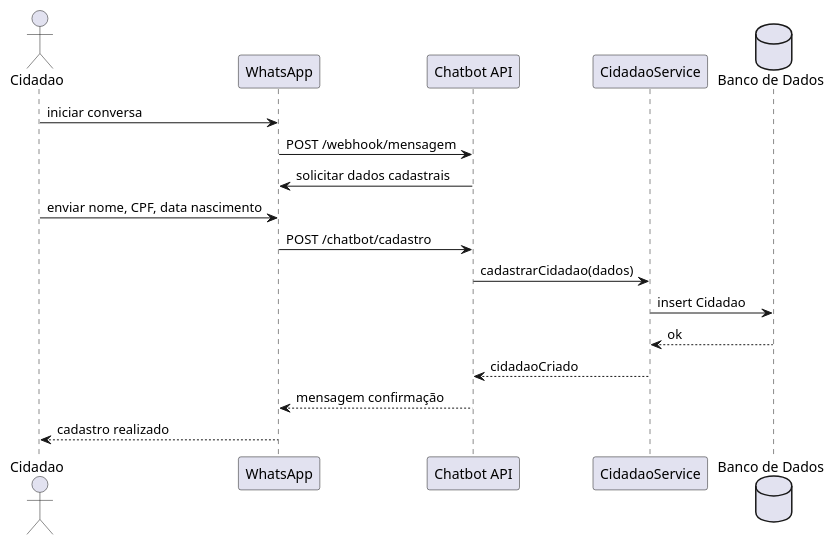
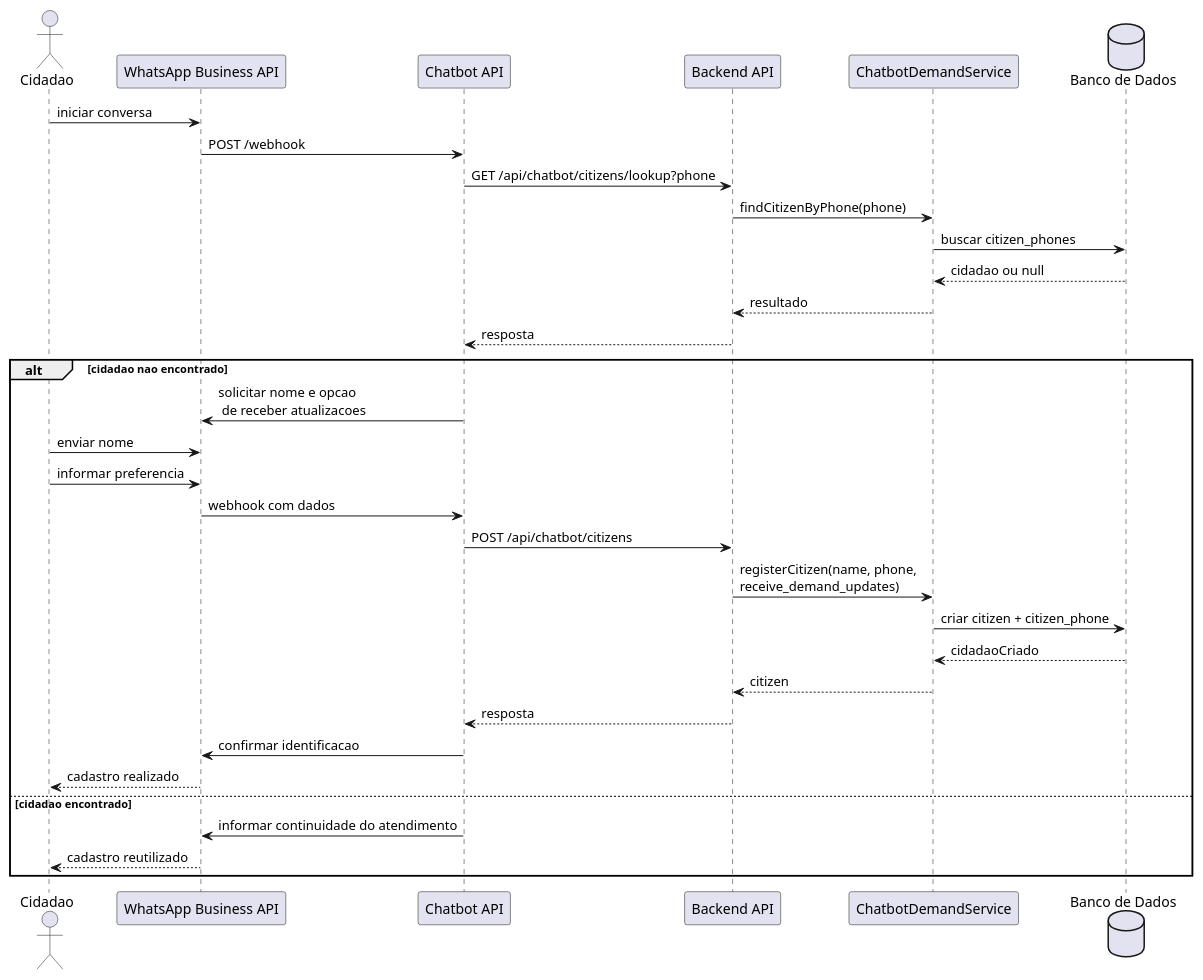
Before and after one commit to ICEI-PUC-Minas-PPLES-TI/plf-es-2025-2-tcci-0393100-dev-bernardo-biondini: the diagram in Artefatos/Sequencia/chatbot-cadastrar-cidadao.puml, drawn with PlantUML. The commit also changed 96 other files, not shown here.

Commit message:
Remoção de casos de uso e diagramas desnecessários e adaptações dos diagramas ao contexo atual do projeto

```diff
--- a/Artefatos/Sequencia/chatbot-cadastrar-cidadao.puml
+++ b/Artefatos/Sequencia/chatbot-cadastrar-cidadao.puml
@@ -1,19 +1,35 @@
 @startuml
 actor Cidadao
-participant "WhatsApp" as WA
-participant "Chatbot API" as API
-participant CidadaoService
+participant "WhatsApp Business API" as WA
+participant "Chatbot API" as Chatbot
+participant "Backend API" as API
+participant "ChatbotDemandService" as Service
 database "Banco de Dados" as DB
 
 Cidadao -> WA : iniciar conversa
-WA -> API : POST /webhook/mensagem
-API -> WA : solicitar dados cadastrais
-Cidadao -> WA : enviar nome, CPF, data nascimento
-WA -> API : POST /chatbot/cadastro
-API -> CidadaoService : cadastrarCidadao(dados)
-CidadaoService -> DB : insert Cidadao
-DB --> CidadaoService : ok
-CidadaoService --> API : cidadaoCriado
-API --> WA : mensagem confirmação
-WA --> Cidadao : cadastro realizado
+WA -> Chatbot : POST /webhook
+Chatbot -> API : GET /api/chatbot/citizens/lookup?phone
+API -> Service : findCitizenByPhone(phone)
+Service -> DB : buscar citizen_phones
+DB --> Service : cidadao ou null
+Service --> API : resultado
+API --> Chatbot : resposta
+
+alt cidadao nao encontrado
+  Chatbot -> WA : solicitar nome e opcao\n de receber atualizacoes
+  Cidadao -> WA : enviar nome
+  Cidadao -> WA : informar preferencia
+  WA -> Chatbot : webhook com dados
+  Chatbot -> API : POST /api/chatbot/citizens
+  API -> Service : registerCitizen(name, phone,\nreceive_demand_updates)
+  Service -> DB : criar citizen + citizen_phone
+  DB --> Service : cidadaoCriado
+  Service --> API : citizen
+  API --> Chatbot : resposta
+  Chatbot -> WA : confirmar identificacao
+  WA --> Cidadao : cadastro realizado
+else cidadao encontrado
+  Chatbot -> WA : informar continuidade do atendimento
+  WA --> Cidadao : cadastro reutilizado
+end
 @enduml
```
